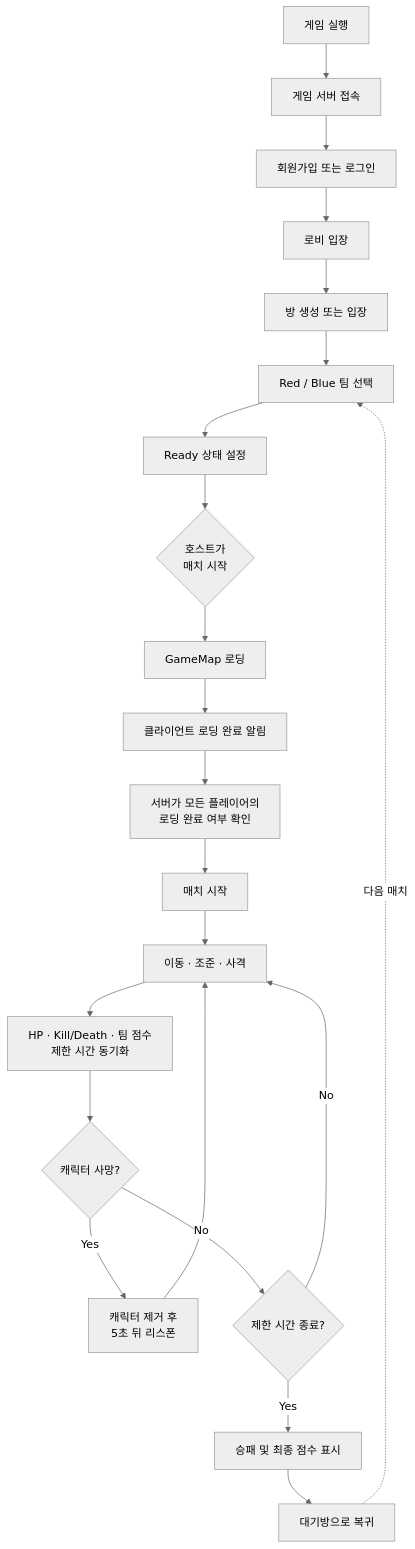
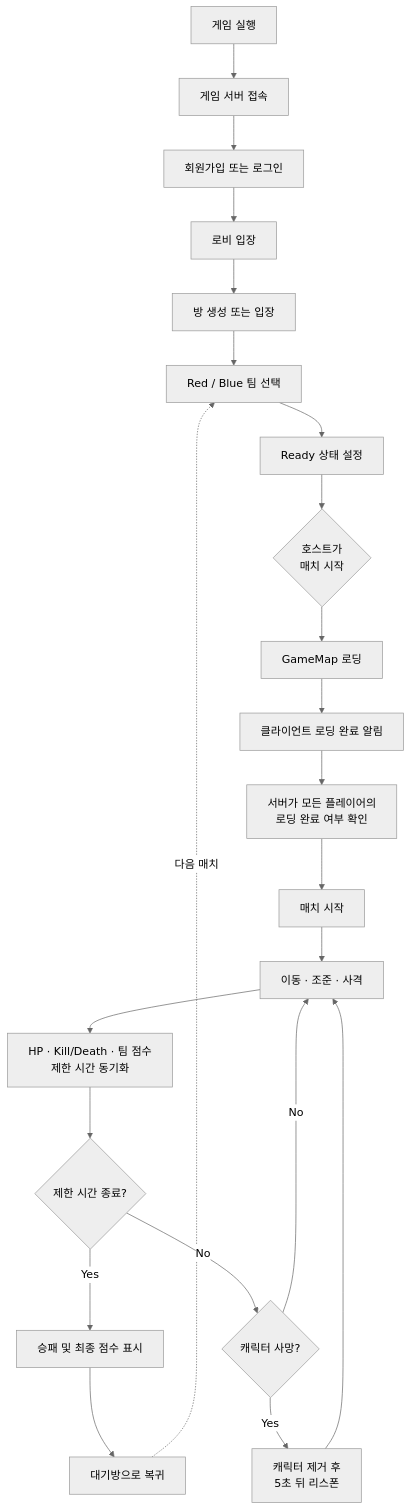
The first of 3 diagrams in README.md (JJW8584/Unreal_Project_Arena), drawn with Mermaid (neutral theme) before and after one commit.

````diff
--- a/README.md
+++ b/README.md
@@ -32,24 +32,24 @@
 ```mermaid
 flowchart TD
     A[게임 실행] --> B[게임 서버 접속]
     B --> C[회원가입 또는 로그인]
     C --> D[로비 입장]
     D --> E[방 생성 또는 입장]
     E --> F[Red / Blue 팀 선택]
     F --> G[Ready 상태 설정]
     G --> H{호스트가<br/>매치 시작}
     H --> I[GameMap 로딩]
     I --> J[클라이언트 로딩 완료 알림]
     J --> K[서버가 모든 플레이어의<br/>로딩 완료 여부 확인]
     K --> L[매치 시작]
     L --> M[이동 · 조준 · 사격]
     M --> N[HP · Kill/Death · 팀 점수<br/>제한 시간 동기화]
-    N --> O{캐릭터 사망?}
-    O -->|Yes| P[캐릭터 제거 후<br/>5초 뒤 리스폰]
-    P --> M
-    O -->|No| Q{제한 시간 종료?}
-    Q -->|No| M
-    Q -->|Yes| R[승패 및 최종 점수 표시]
+    N --> O{제한 시간 종료?}
+    O -->|Yes| R[승패 및 최종 점수 표시]
+    O -->|No| P{캐릭터 사망?}
+    P -->|Yes| Q[캐릭터 제거 후<br/>5초 뒤 리스폰]
+    Q --> M
+    P -->|No| M
     R --> S[대기방으로 복귀]
     S -. 다음 매치 .-> F
 ```
````
